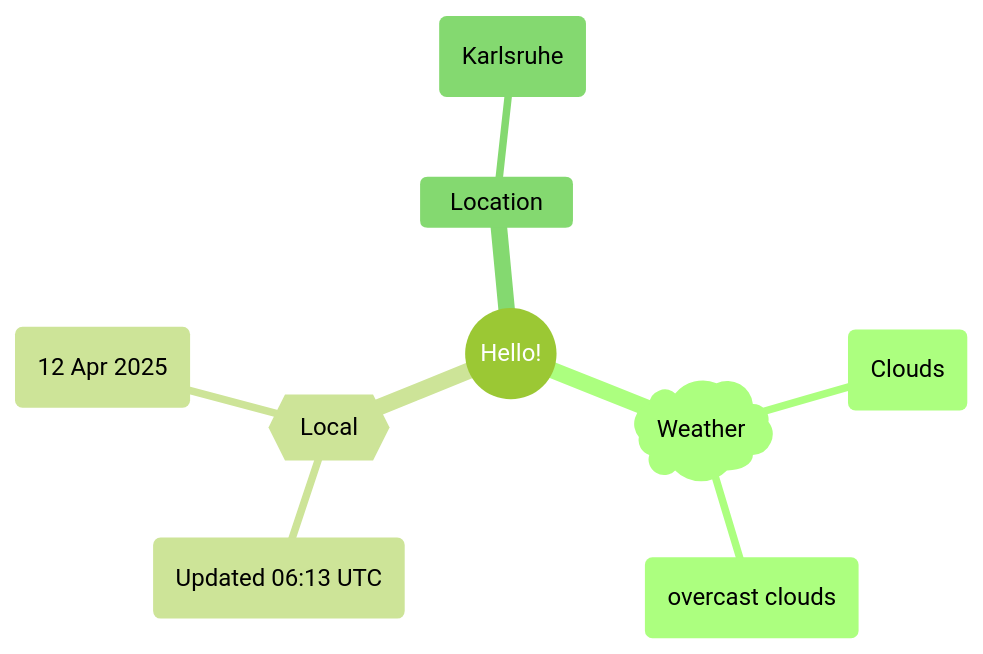
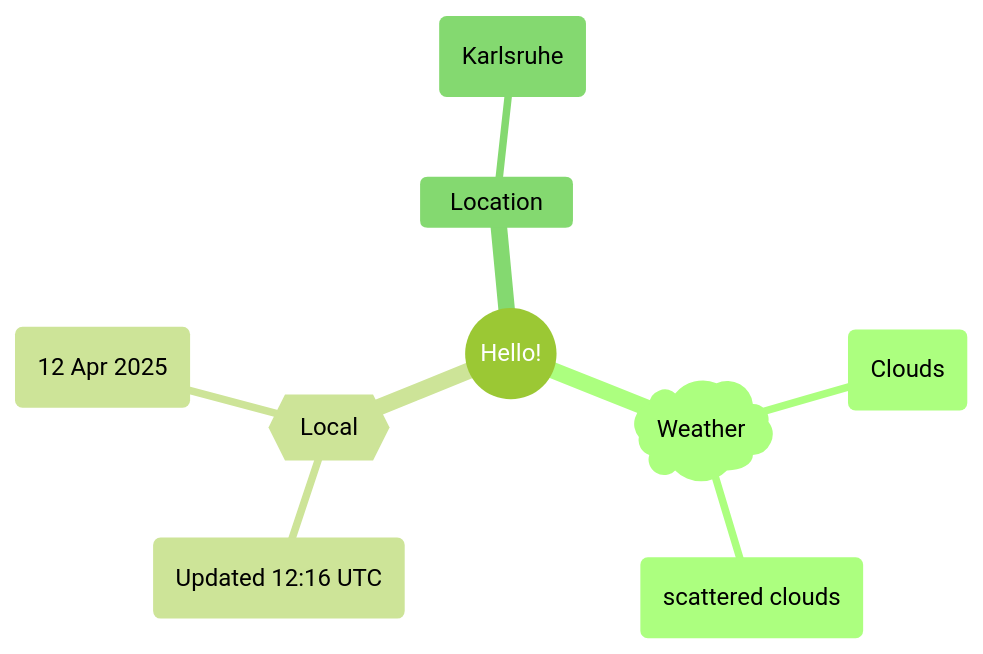
One commit to Xosrov/Xosrov changed the first of 2 diagrams in README.md. Above: the diagram before and after it, drawn with Mermaid (forest theme).

Commit message:
[bot] updated images

````diff
--- a/README.md
+++ b/README.md
@@ -3,12 +3,12 @@
 ```mermaid
 mindmap
   root((Hello!))
     )Weather(
         (Clouds)
-        (overcast clouds)
+        (scattered clouds)
     {{Local}}
-        (Updated 06:13 UTC)
+        (Updated 12:16 UTC)
         (12 Apr 2025)
     Location
         (Karlsruhe)
 ```
````
